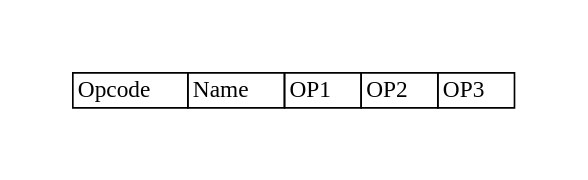
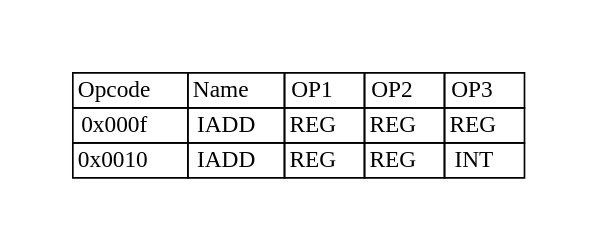
The diagram in docs/books/crexx_vm_spec/svg/iadd.gv (adesutherland/CREXX), drawn with Graphviz before and after one commit. The commit also changed 207 other files, not shown here.

```diff
--- a/docs/books/crexx_vm_spec/svg/iadd.gv
+++ b/docs/books/crexx_vm_spec/svg/iadd.gv
@@ -1,8 +1,10 @@
 digraph{
 graph [pad="0.5", nodesep="0.5", ranksep="2" ]
 node[shape=plain]
 Foo [label=<
 <table border="0" cellborder="1" cellspacing="0">
 <tr><td> Opcode </td> <td> Name </td> <td> OP1 </td><td> OP2 </td><td> OP3 </td> </tr>
+<tr><td> 0x000f </td><td> IADD </td><td> REG </td><td> REG </td><td> REG </td> </tr>
+<tr><td> 0x0010 </td><td> IADD </td><td> REG </td><td> REG </td><td> INT </td> </tr>
 </table>>];
 }
```
